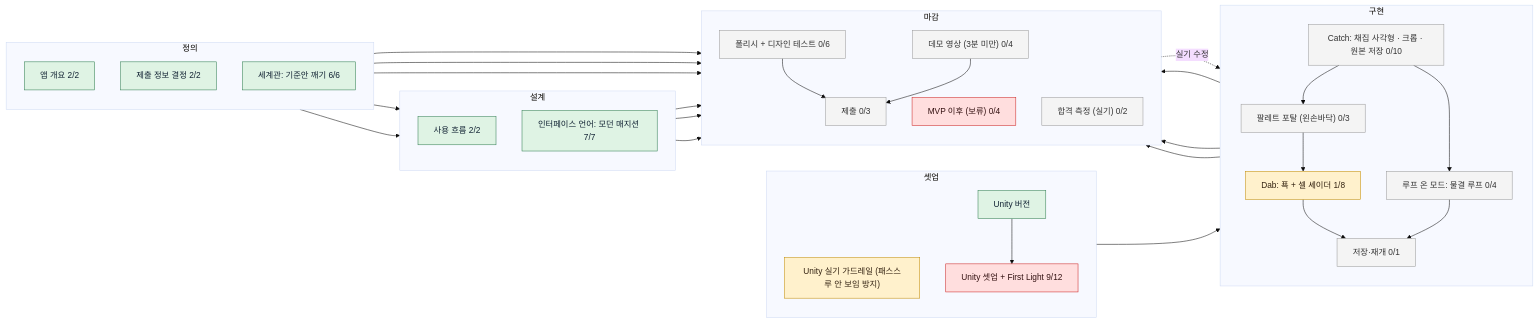
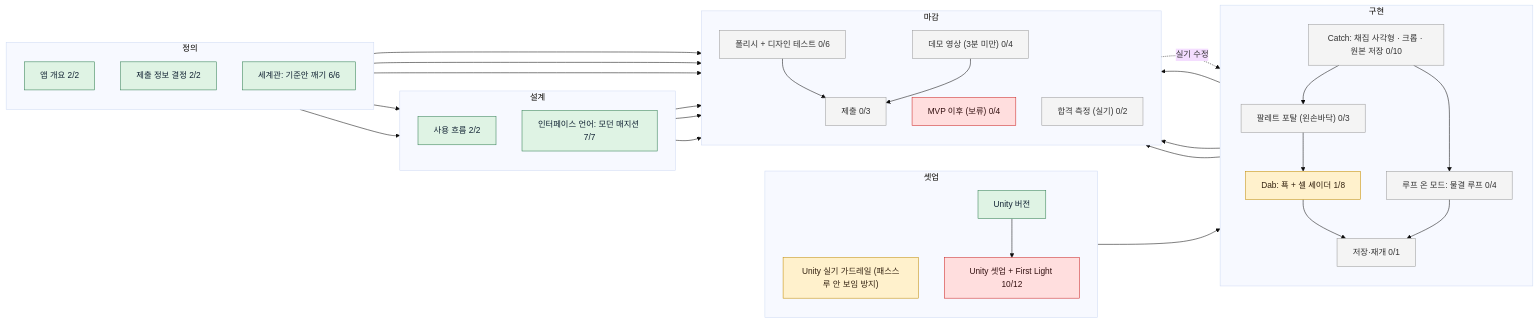
The diagram in board/BOARD.md (reality404studio/meta-mr-picker), drawn with Mermaid (base theme) before and after one commit. The commit also changed other lines of this file and 3 other files, not shown here.

````diff
--- a/board/BOARD.md
+++ b/board/BOARD.md
@@ -18,63 +18,63 @@
 ```mermaid
 flowchart LR
   subgraph s_define["정의"]
     direction TB
     brief["앱 개요 2/2"]:::done
     submit_meta["제출 정보 결정 2/2"]:::done
     world["세계관: 기준안 깨기 6/6"]:::done
   end
   subgraph s_design["설계"]
     direction TB
     usage_flow["사용 흐름 2/2"]:::done
     interface["인터페이스 언어: 모던 매지션 7/7"]:::done
   end
   subgraph s_prototype["셋업"]
     direction TB
     use_unity_guardrails["Unity 실기 가드레일 (패스스루 안 보임 방지)"]:::doing
     use_unity_version["Unity 버전"]:::done
-    setup["Unity 셋업 + First Light 9/12"]:::blocked
+    setup["Unity 셋업 + First Light 10/12"]:::blocked
   end
   subgraph s_build["구현"]
     direction TB
     catch["Catch: 채집 사각형 · 크롭 · 원본 저장 0/10"]:::todo
     loop["루프 온 모드: 물결 루프 0/4"]:::todo
     portal["팔레트 포탈 (왼손바닥) 0/3"]:::todo
     dab["Dab: 푝 + 셀 셰이더 1/8"]:::doing
     export["저장·재개 0/1"]:::todo
   end
   subgraph s_review["마감"]
     direction TB
     polish["폴리시 + 디자인 테스트 0/6"]:::todo
     demo_video["데모 영상 (3분 미만) 0/4"]:::todo
     submit["제출 0/3"]:::todo
     post_mvp["MVP 이후 (보류) 0/4"]:::blocked
     acceptance["합격 측정 (실기) 0/2"]:::todo
   end
   brief --> usage_flow
   use_unity_version --> setup
   setup --> catch
   catch --> loop
   catch --> portal
   portal --> dab
   dab --> export
   loop --> export
   export --> polish
   usage_flow --> polish
   catch --> demo_video
   polish --> submit
   demo_video --> submit
   submit_meta --> submit
   polish -.->|실기 수정| dab
   world --> demo_video
   world --> polish
   world --> interface
   interface --> polish
   interface --> demo_video
   dab --> acceptance
   classDef done fill:#dff3e4,stroke:#2e7d4f,color:#123
   classDef doing fill:#fff1cc,stroke:#c28a00,color:#321
   classDef review fill:#ece4ff,stroke:#6a4fc2,color:#213
   classDef proof fill:#dceaff,stroke:#3f7fd6,color:#123
   classDef todo fill:#f4f4f4,stroke:#999,color:#333
   classDef blocked fill:#ffdede,stroke:#c22,color:#311
 ```
````
